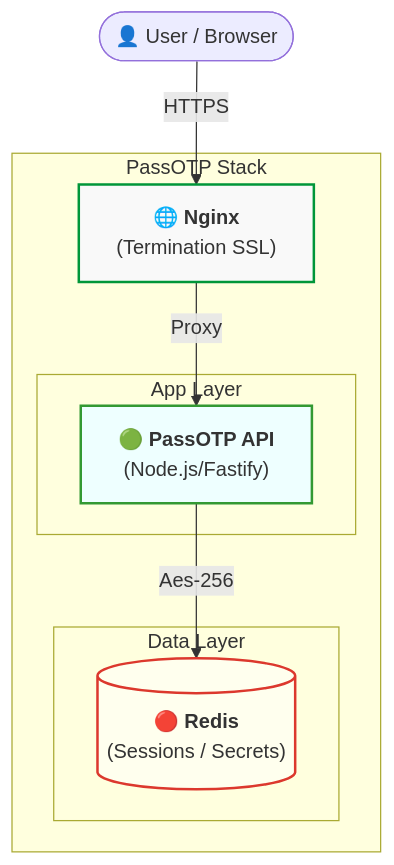
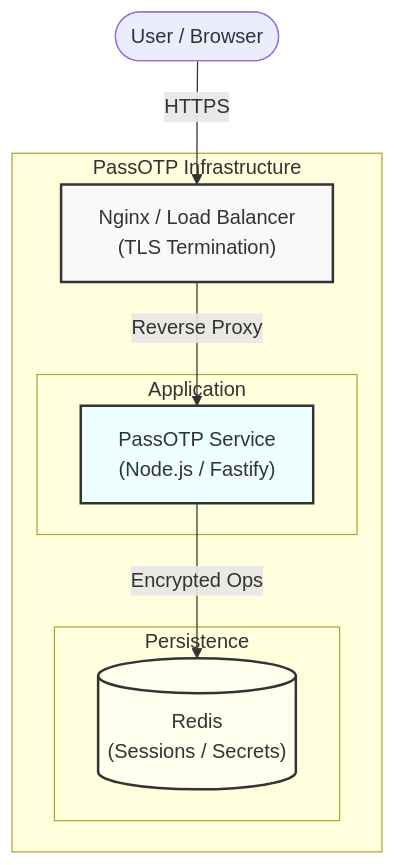
The second of 2 diagrams in README.md (tr0drigues/otp), drawn with Mermaid before and after one commit. The commit also changed other lines of this file and 1 other file, not shown here.

````diff
--- a/README.md
+++ b/README.md
@@ -214,23 +175,23 @@
 ```mermaid
 graph TD
-    Client(["👤 User / Browser"]) 
+    Client(["User / Browser"]) 
     
-    subgraph "PassOTP Stack"
-        style Nginx fill:#f9f9f9,stroke:#009639,stroke-width:2px
-        Nginx["🌐 <b>Nginx</b><br/>(Termination SSL)"]
+    subgraph "PassOTP Infrastructure"
+        style Nginx fill:#f9f9f9,stroke:#333,stroke-width:2px
+        Nginx["Nginx / Load Balancer<br/>(TLS Termination)"]
         
-        subgraph "App Layer"
-            style Node fill:#eff,stroke:#339933,stroke-width:2px
-            Node["🟢 <b>PassOTP API</b><br/>(Node.js/Fastify)"]
+        subgraph "Application"
+            style Node fill:#eff,stroke:#333,stroke-width:2px
+            Node["PassOTP Service<br/>(Node.js / Fastify)"]
         end
         
-        subgraph "Data Layer"
-            style Redis fill:#ffe,stroke:#DC382D,stroke-width:2px
-            Redis[("🔴 <b>Redis</b><br/>(Sessions / Secrets)")]
+        subgraph "Persistence"
+            style Redis fill:#ffe,stroke:#333,stroke-width:2px
+            Redis[("Redis<br/>(Sessions / Secrets)")]
         end
     end
 
     Client -->|HTTPS| Nginx
-    Nginx -->|Proxy| Node
-    Node -->|Aes-256| Redis
+    Nginx -->|Reverse Proxy| Node
+    Node -->|Encrypted Ops| Redis
 ```
````
